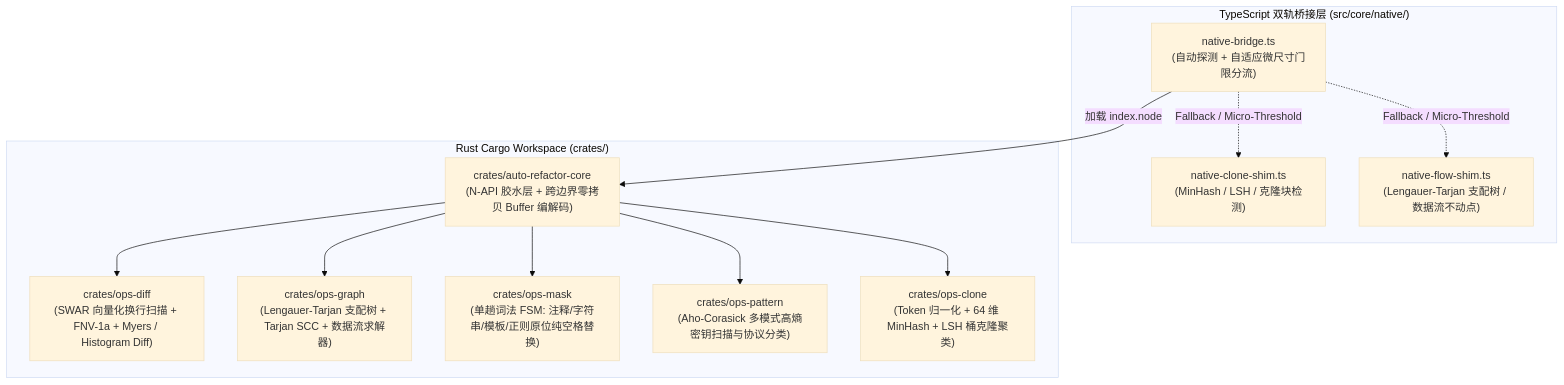
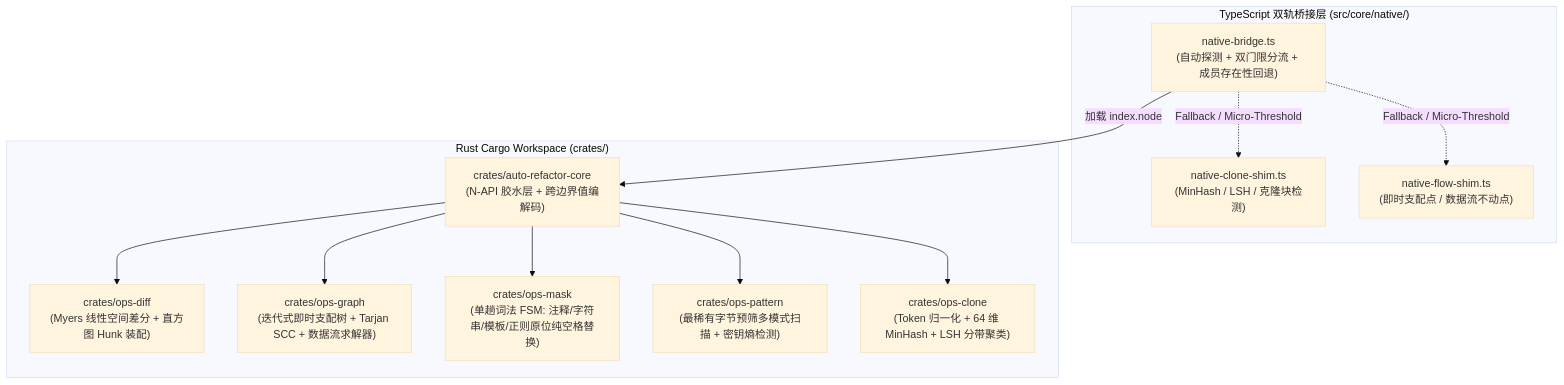
The first of 3 diagrams in auto-refactor/docs/01-architecture/05-rust-native-operator-kernel.md (guilingzhouyi-creator/vscode-extensions), drawn with Mermaid (base theme) before and after one commit. The commit also changed other lines of this file and 6 other files, not shown here.

````diff
--- a/auto-refactor/docs/01-architecture/05-rust-native-operator-kernel.md
+++ b/auto-refactor/docs/01-architecture/05-rust-native-operator-kernel.md
@@ -12,26 +12,26 @@
 ```mermaid
 flowchart TD
   subgraph TS["TypeScript 双轨桥接层 (src/core/native/)"]
-    BRIDGE["native-bridge.ts<br/>(自动探测 + 自适应微尺寸门限分流)"]
+    BRIDGE["native-bridge.ts<br/>(自动探测 + 双门限分流 + 成员存在性回退)"]
     CLONE_SHIM["native-clone-shim.ts<br/>(MinHash / LSH / 克隆块检测)"]
-    FLOW_SHIM["native-flow-shim.ts<br/>(Lengauer-Tarjan 支配树 / 数据流不动点)"]
+    FLOW_SHIM["native-flow-shim.ts<br/>(即时支配点 / 数据流不动点)"]
   end
 
   subgraph RUST["Rust Cargo Workspace (crates/)"]
-    CORE["crates/auto-refactor-core<br/>(N-API 胶水层 + 跨边界零拷贝 Buffer 编解码)"]
-    DIFF["crates/ops-diff<br/>(SWAR 向量化换行扫描 + FNV-1a + Myers / Histogram Diff)"]
-    GRAPH["crates/ops-graph<br/>(Lengauer-Tarjan 支配树 + Tarjan SCC + 数据流求解器)"]
+    CORE["crates/auto-refactor-core<br/>(N-API 胶水层 + 跨边界值编解码)"]
+    DIFF["crates/ops-diff<br/>(Myers 线性空间差分 + 直方图 Hunk 装配)"]
+    GRAPH["crates/ops-graph<br/>(迭代式即时支配树 + Tarjan SCC + 数据流求解器)"]
     MASK["crates/ops-mask<br/>(单趟词法 FSM: 注释/字符串/模板/正则原位纯空格替换)"]
-    PATTERN["crates/ops-pattern<br/>(Aho-Corasick 多模式高熵密钥扫描与协议分类)"]
-    CLONE["crates/ops-clone<br/>(Token 归一化 + 64 维 MinHash + LSH 桶克隆聚类)"]
+    PATTERN["crates/ops-pattern<br/>(最稀有字节预筛多模式扫描 + 密钥熵检测)"]
+    CLONE["crates/ops-clone<br/>(Token 归一化 + 64 维 MinHash + LSH 分带聚类)"]
   end
 
   BRIDGE -->|"加载 index.node"| CORE
   BRIDGE -. "Fallback / Micro-Threshold" .-> CLONE_SHIM
   BRIDGE -. "Fallback / Micro-Threshold" .-> FLOW_SHIM
   CORE --> DIFF
   CORE --> GRAPH
   CORE --> MASK
   CORE --> PATTERN
   CORE --> CLONE
 ```
````
